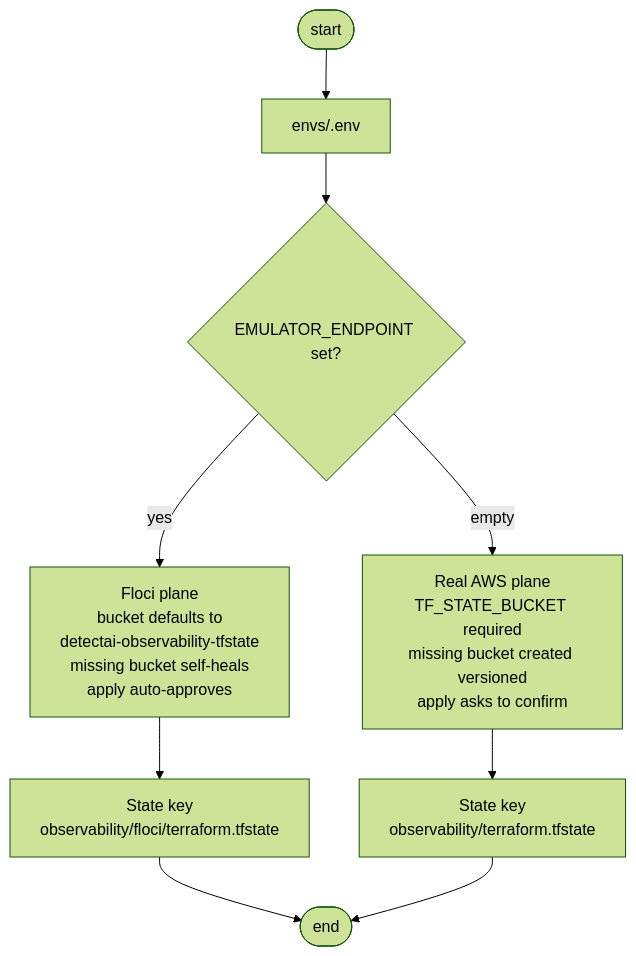
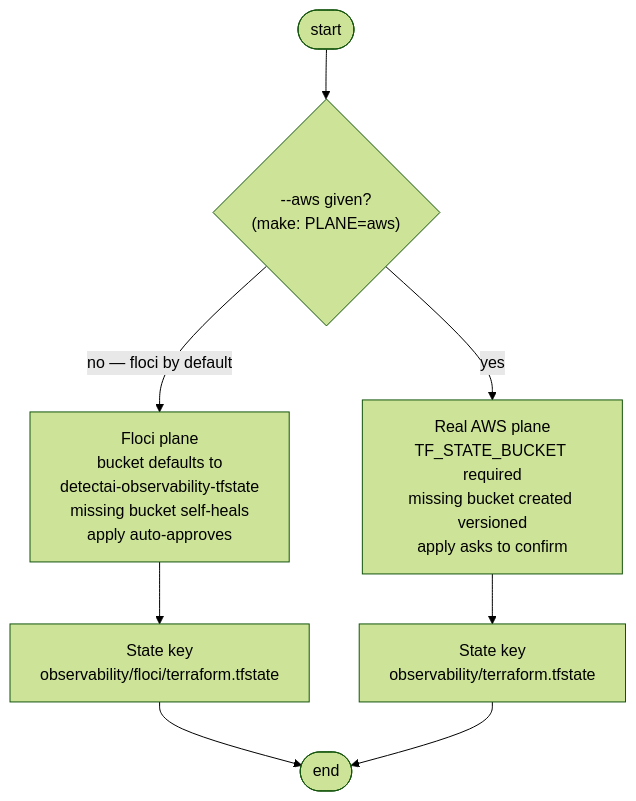
Before and after one commit to kunalPisolkar24/detectAI: the diagram in observability/docs/getting-started/configuration.md, drawn with Mermaid (forest theme). The commit also changed other lines of this file and 16 other files, not shown here.

Commit message:
Drop EMULATOR_ENDPOINT: the observability plane follows the plane flags only

````diff
--- a/observability/docs/getting-started/configuration.md
+++ b/observability/docs/getting-started/configuration.md
@@ -22,11 +21,10 @@
 ```mermaid
 graph TB
-    START(["start"]) --> A["envs/.env"]
-    A --> B{"EMULATOR_ENDPOINT set?"}
-    B -->|yes| F["Floci plane<br/>bucket defaults to<br/>detectai-observability-tfstate<br/>missing bucket self-heals<br/>apply auto-approves"]
-    B -->|empty| R["Real AWS plane<br/>TF_STATE_BUCKET required<br/>missing bucket created versioned<br/>apply asks to confirm"]
+    START(["start"]) --> B{"--aws given?<br/>(make: PLANE=aws)"}
+    B -->|no — floci by default| F["Floci plane<br/>bucket defaults to<br/>detectai-observability-tfstate<br/>missing bucket self-heals<br/>apply auto-approves"]
+    B -->|yes| R["Real AWS plane<br/>TF_STATE_BUCKET required<br/>missing bucket created versioned<br/>apply asks to confirm"]
     F --> S["State key<br/>observability/floci/terraform.tfstate"]
     R --> S2["State key<br/>observability/terraform.tfstate"]
     S --> END(["end"])
     S2 --> END
 ```
````
